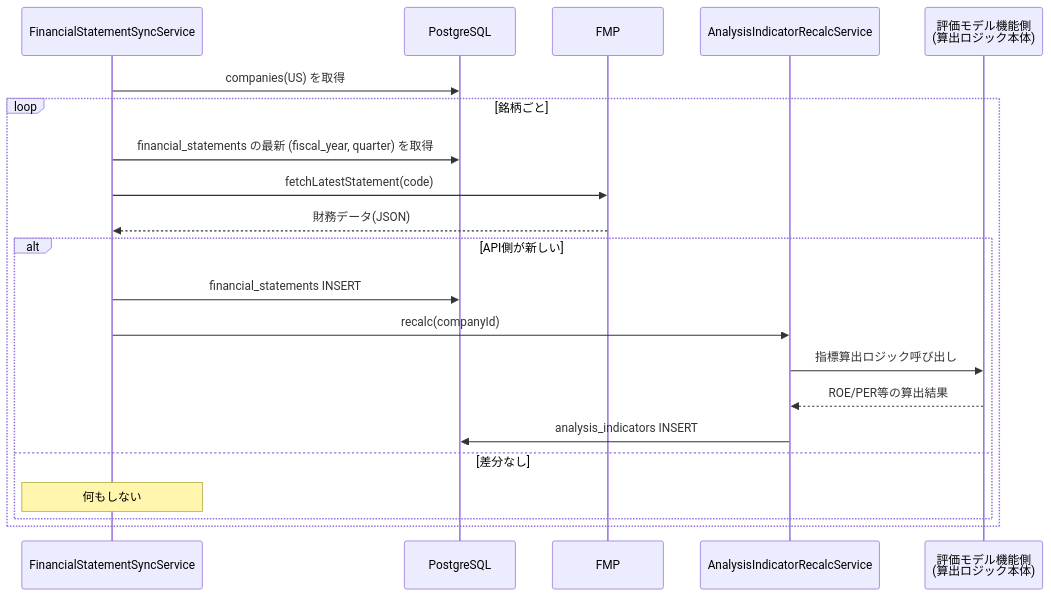
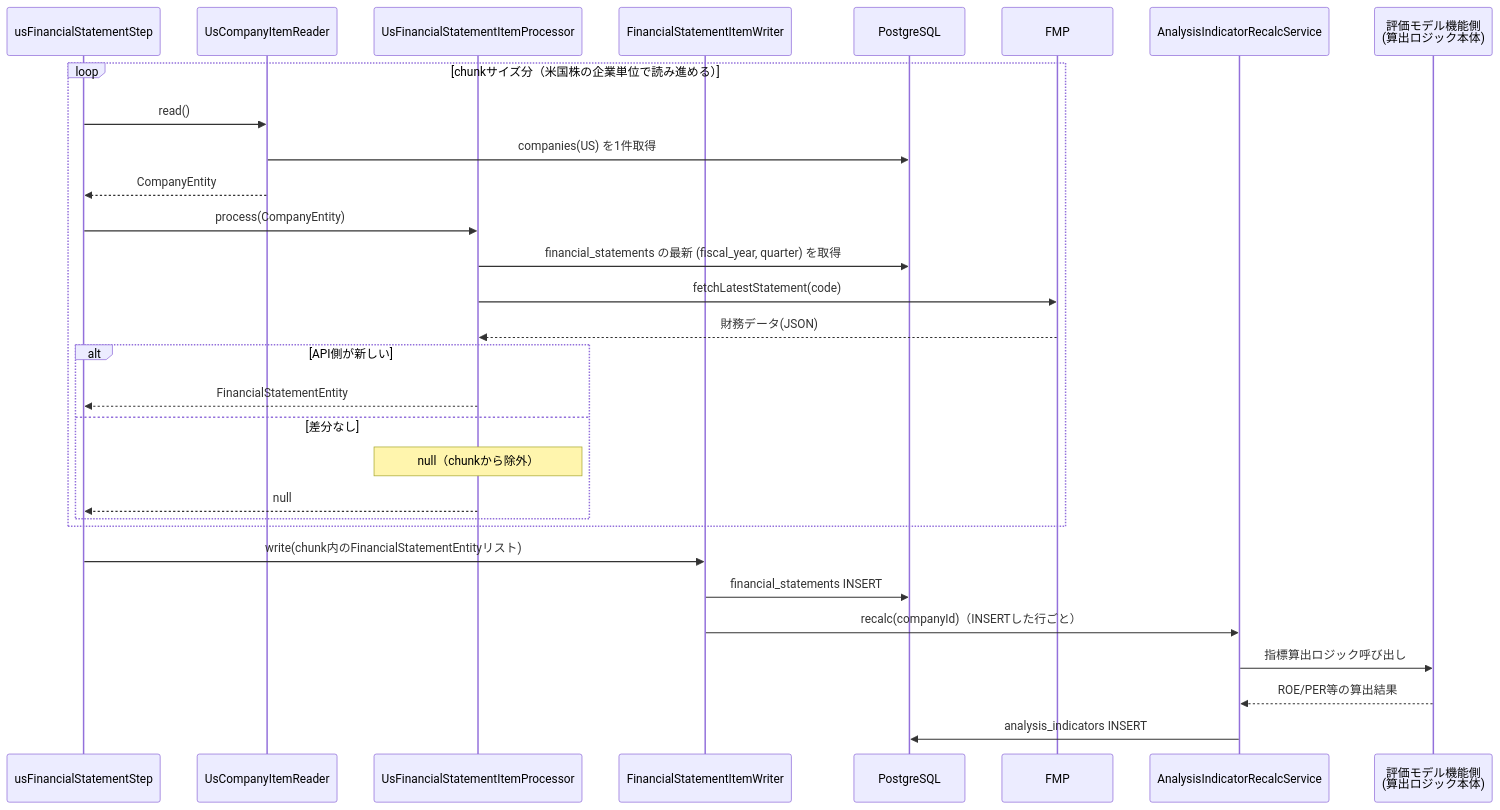
The third of 5 diagrams in docs/batch-market-data-sync-design.md (gitogitosnack/TheFairValueC2), drawn with Mermaid before and after one commit. The commit also changed other lines of this file, not shown here.

````diff
--- a/docs/batch-market-data-sync-design.md
+++ b/docs/batch-market-data-sync-design.md
@@ -462,24 +497,33 @@
 ```mermaid
 sequenceDiagram
-    participant FSS as FinancialStatementSyncService
+    participant Step as usFinancialStatementStep
+    participant Reader as UsCompanyItemReader
+    participant Processor as UsFinancialStatementItemProcessor
+    participant Writer as FinancialStatementItemWriter
     participant DB as PostgreSQL
     participant FMP as FMP
     participant Recalc as AnalysisIndicatorRecalcService
     participant ValModel as 評価モデル機能側<br/>(算出ロジック本体)
 
-    FSS->>DB: companies(US) を取得
-    loop 銘柄ごと
-        FSS->>DB: financial_statements の最新 (fiscal_year, quarter) を取得
-        FSS->>FMP: fetchLatestStatement(code)
-        FMP-->>FSS: 財務データ(JSON)
+    loop chunkサイズ分（米国株の企業単位で読み進める）
+        Step->>Reader: read()
+        Reader->>DB: companies(US) を1件取得
+        Reader-->>Step: CompanyEntity
+        Step->>Processor: process(CompanyEntity)
+        Processor->>DB: financial_statements の最新 (fiscal_year, quarter) を取得
+        Processor->>FMP: fetchLatestStatement(code)
+        FMP-->>Processor: 財務データ(JSON)
         alt API側が新しい
-            FSS->>DB: financial_statements INSERT
-            FSS->>Recalc: recalc(companyId)
-            Recalc->>ValModel: 指標算出ロジック呼び出し
-            ValModel-->>Recalc: ROE/PER等の算出結果
-            Recalc->>DB: analysis_indicators INSERT
+            Processor-->>Step: FinancialStatementEntity
         else 差分なし
-            Note over FSS: 何もしない
+            Note over Processor: null（chunkから除外）
+            Processor-->>Step: null
         end
     end
+    Step->>Writer: write(chunk内のFinancialStatementEntityリスト)
+    Writer->>DB: financial_statements INSERT
+    Writer->>Recalc: recalc(companyId)（INSERTした行ごと）
+    Recalc->>ValModel: 指標算出ロジック呼び出し
+    ValModel-->>Recalc: ROE/PER等の算出結果
+    Recalc->>DB: analysis_indicators INSERT
 ```
````
